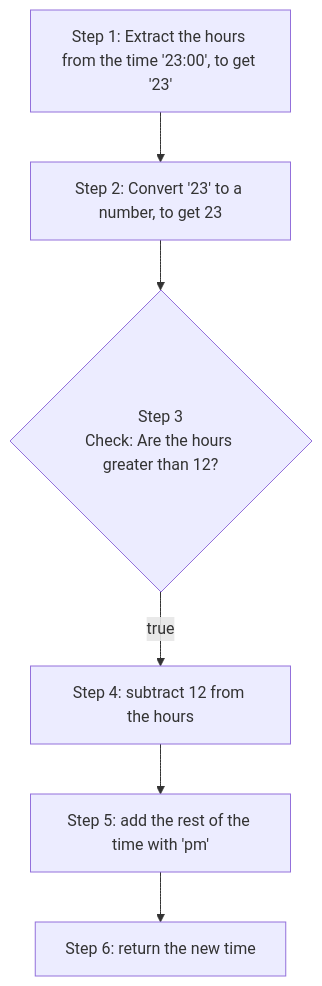
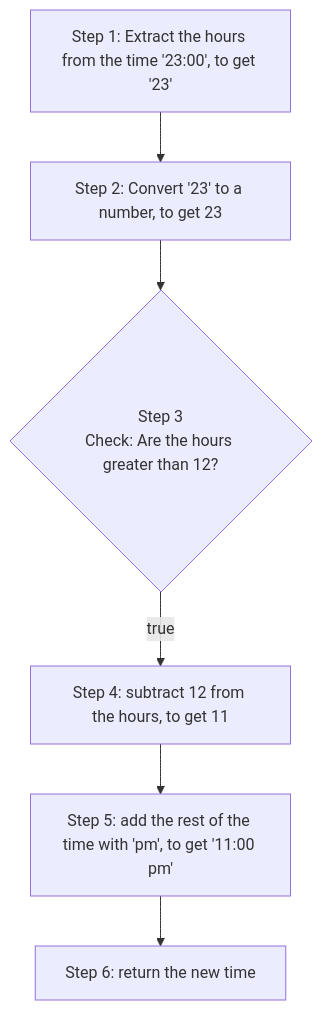
One commit to CodeYourFuture/curriculum changed the second of 5 diagrams in content/js1/sprints/3/prep/index.md. Above: the diagram before and after it, drawn with Mermaid. The commit also changed other lines of this file, not shown here.

````diff
--- a/content/js1/sprints/3/prep/index.md
+++ b/content/js1/sprints/3/prep/index.md
@@ -299,10 +334,10 @@
 ```mermaid 
 
 flowchart TD
 
 A[Step 1: Extract the hours from the time '23:00', to get '23'] --> B[Step 2: Convert '23' to a number, to get 23]
 B --> C{Step 3\nCheck: Are the hours greater than 12?}
-C -- true --> D[Step 4: subtract 12 from the hours]
-D --> E[Step 5: add the rest of the time with 'pm']
+C -- true --> D[Step 4: subtract 12 from the hours, to get 11]
+D --> E[Step 5: add the rest of the time with 'pm', to get '11:00 pm']
 E --> F[Step 6: return the new time]
 ```
````
